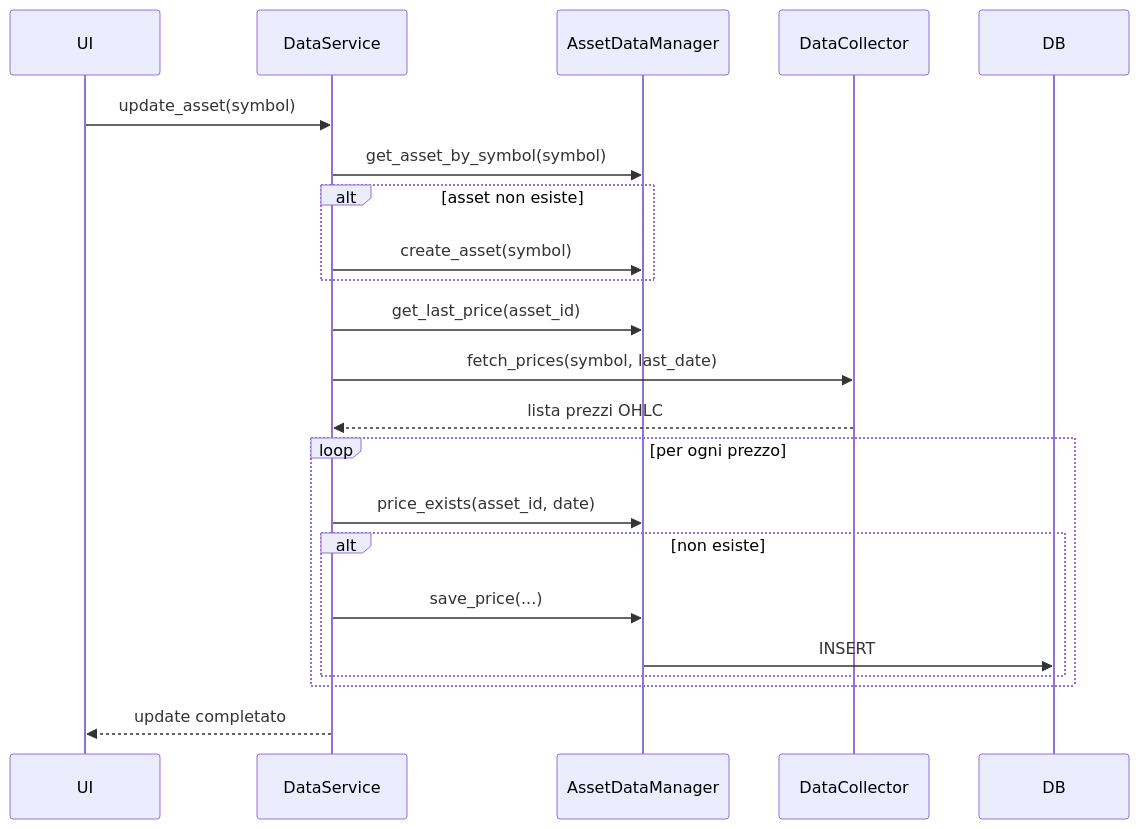
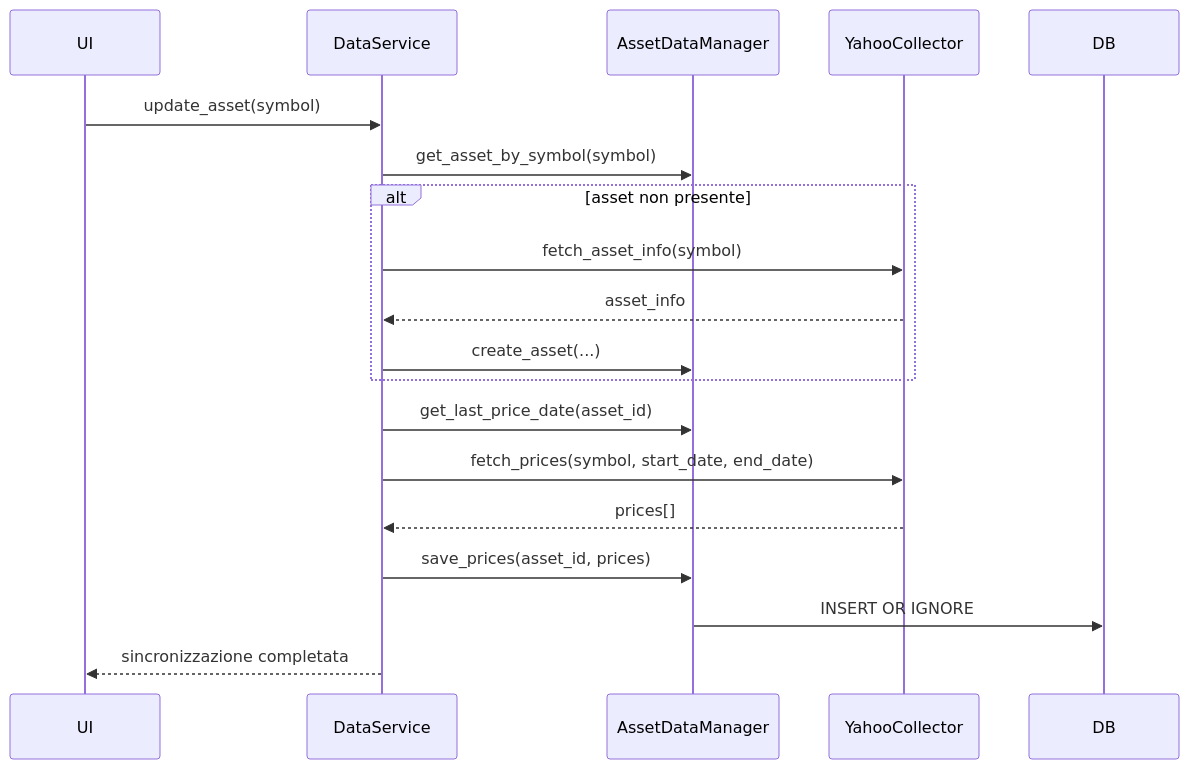
One commit to profVitolo/FinanziAI changed the first of 2 diagrams in README.md. Above: the diagram before and after it, drawn with Mermaid. The commit also changed other lines of this file, not shown here.

Commit message:
Update components description, mermaid sequence graphs

````diff
--- a/README.md
+++ b/README.md
@@ -248,33 +301,31 @@
 ```mermaid
 sequenceDiagram
+
     participant UI
     participant DataService
     participant AssetDataManager
-    participant DataCollector
+    participant YahooCollector
     participant DB
 
     UI->>DataService: update_asset(symbol)
 
     DataService->>AssetDataManager: get_asset_by_symbol(symbol)
-    
-    alt asset non esiste
-        DataService->>AssetDataManager: create_asset(symbol)
+
+    alt asset non presente
+        DataService->>YahooCollector: fetch_asset_info(symbol)
+        YahooCollector-->>DataService: asset_info
+        DataService->>AssetDataManager: create_asset(...)
     end
 
-    DataService->>AssetDataManager: get_last_price(asset_id)
+    DataService->>AssetDataManager: get_last_price_date(asset_id)
 
-    DataService->>DataCollector: fetch_prices(symbol, last_date)
+    DataService->>YahooCollector: fetch_prices(symbol, start_date, end_date)
 
-    DataCollector-->>DataService: lista prezzi OHLC
+    YahooCollector-->>DataService: prices[]
 
-    loop per ogni prezzo
-        DataService->>AssetDataManager: price_exists(asset_id, date)
-        
-        alt non esiste
-            DataService->>AssetDataManager: save_price(...)
-            AssetDataManager->>DB: INSERT
-        end
-    end
+    DataService->>AssetDataManager: save_prices(asset_id, prices)
 
-    DataService-->>UI: update completato
+    AssetDataManager->>DB: INSERT OR IGNORE
+
+    DataService-->>UI: sincronizzazione completata
 ```
````
